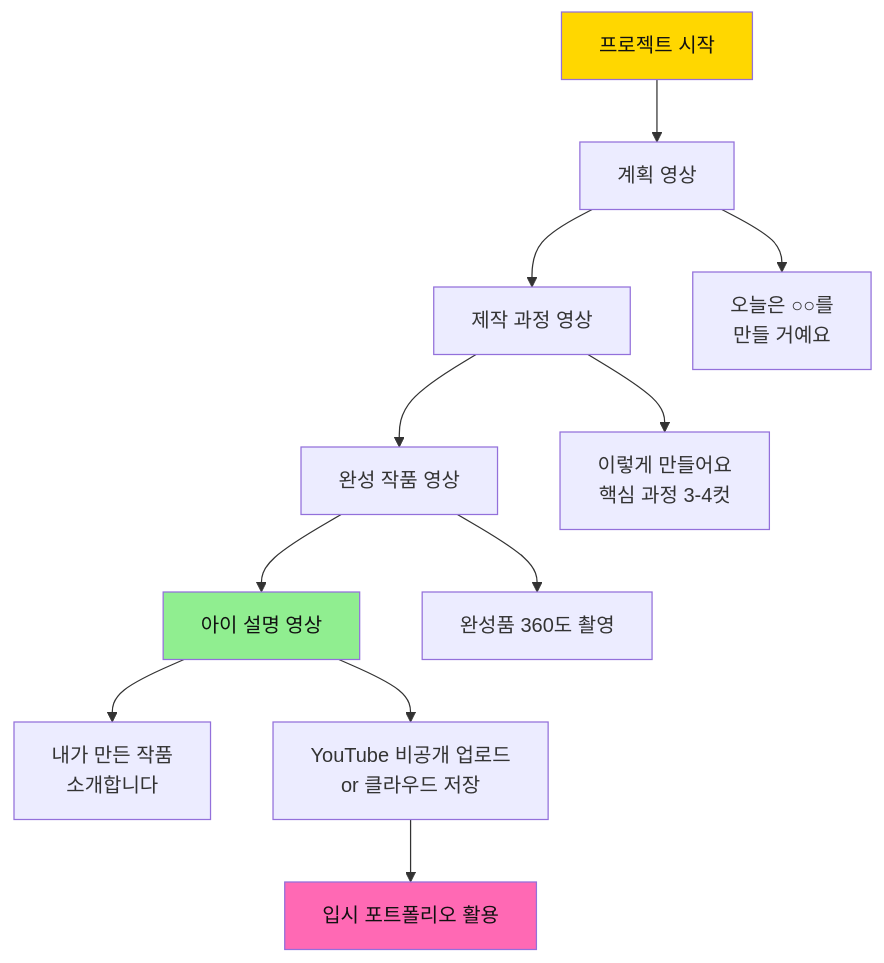
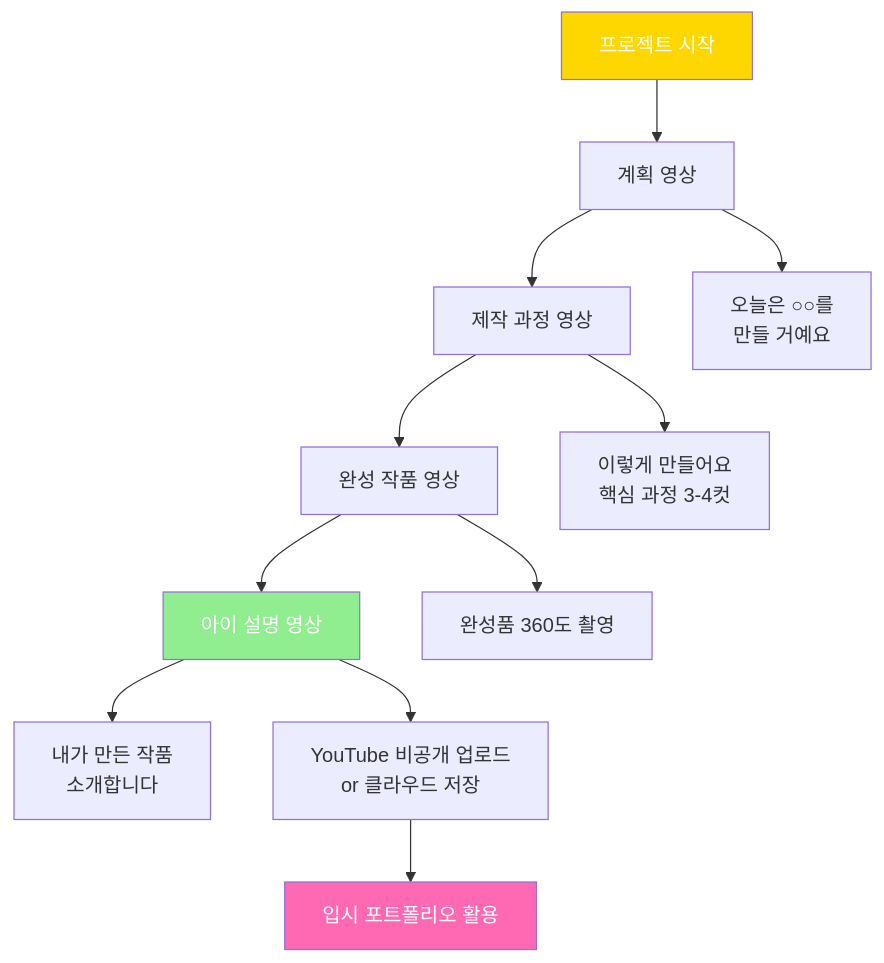
Before and after one commit to Collegenie-X/froebel: diagram 13 of 34 in 3단계_프뢰벨_FAQ_핵심가치.md, drawn with Mermaid. The commit also changed other lines of this file and 4 other files, not shown here.

````diff
--- a/3단계_프뢰벨_FAQ_핵심가치.md
+++ b/3단계_프뢰벨_FAQ_핵심가치.md
@@ -723,19 +723,19 @@
 ```mermaid
 graph TD
     A[프로젝트 시작] --> B[계획 영상]
     B --> C[제작 과정 영상]
     C --> D[완성 작품 영상]
     D --> E[아이 설명 영상]
     
     B --> B1["오늘은 ○○를<br/>만들 거예요"]
     C --> C1["이렇게 만들어요"<br/>핵심 과정 3-4컷]
     D --> D1[완성품 360도 촬영]
     E --> E1["내가 만든 작품<br/>소개합니다"]
     
     E --> F[YouTube 비공개 업로드<br/>or 클라우드 저장]
     F --> G[입시 포트폴리오 활용]
     
-    style A fill:#FFD700,color:#111
-    style E fill:#90EE90,color:#111
-    style G fill:#FF69B4,color:#111
+    style A fill:#FFD700,color:#fff
+    style E fill:#90EE90,color:#fff
+    style G fill:#FF69B4,color:#fff
 ```
````
